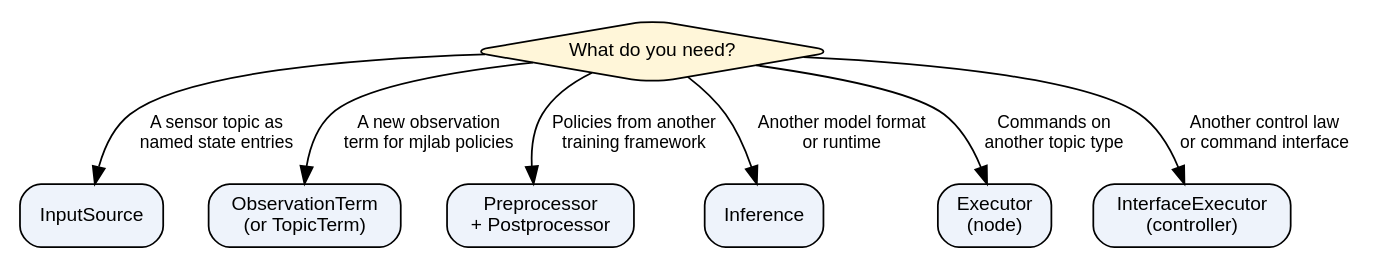
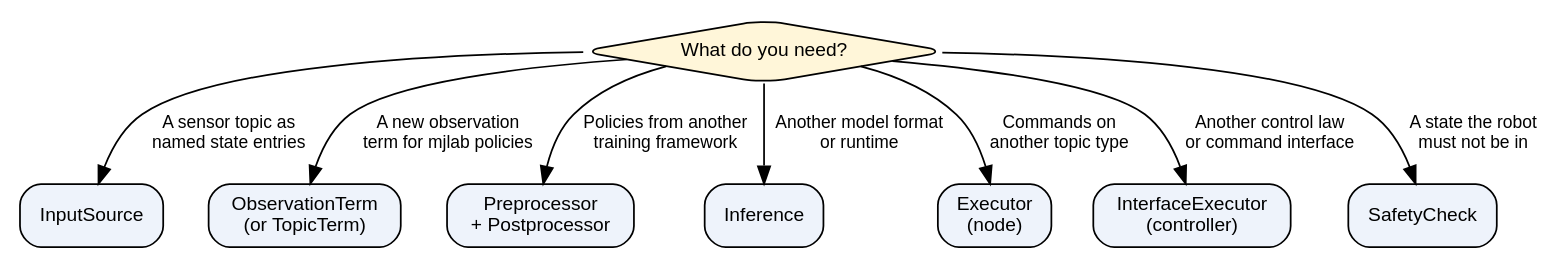
The first of 2 diagrams in docs/extending.rst (saikishor/ros2_policy_framework), drawn with Graphviz before and after one commit. The commit also changed other lines of this file and 6 other files, not shown here.

```diff
--- a/docs/extending.rst
+++ b/docs/extending.rst
@@ -11,20 +11,22 @@
 .. graphviz::
 
    digraph which_plugin {
      rankdir=TB;
      node [shape=box, style="rounded,filled", fillcolor="#eef3fb", fontname="Helvetica", fontsize=11];
      edge [fontname="Helvetica", fontsize=10];
      q1 [label="What do you need?", shape=diamond, fillcolor="#fff6d9"];
      source [label="InputSource"];
      term [label="ObservationTerm\n(or TopicTerm)"];
      pre [label="Preprocessor\n+ Postprocessor"];
      inf [label="Inference"];
      exec [label="Executor\n(node)"];
      iexec [label="InterfaceExecutor\n(controller)"];
+     check [label="SafetyCheck"];
      q1 -> source [label="A sensor topic as\nnamed state entries"];
      q1 -> term [label="A new observation\nterm for mjlab policies"];
      q1 -> pre [label="Policies from another\ntraining framework"];
      q1 -> inf [label="Another model format\nor runtime"];
      q1 -> exec [label="Commands on\nanother topic type"];
      q1 -> iexec [label="Another control law\nor command interface"];
+     q1 -> check [label="A state the robot\nmust not be in"];
    }
```
